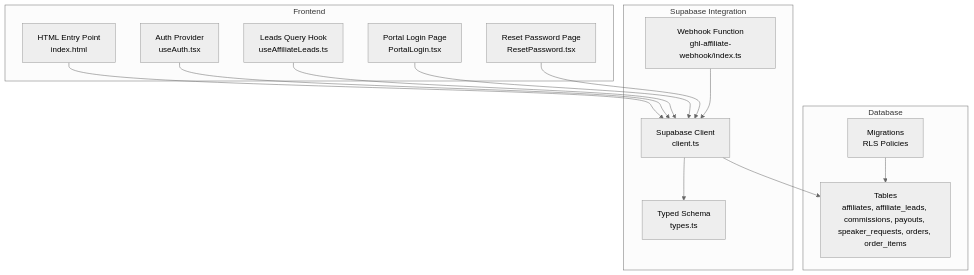
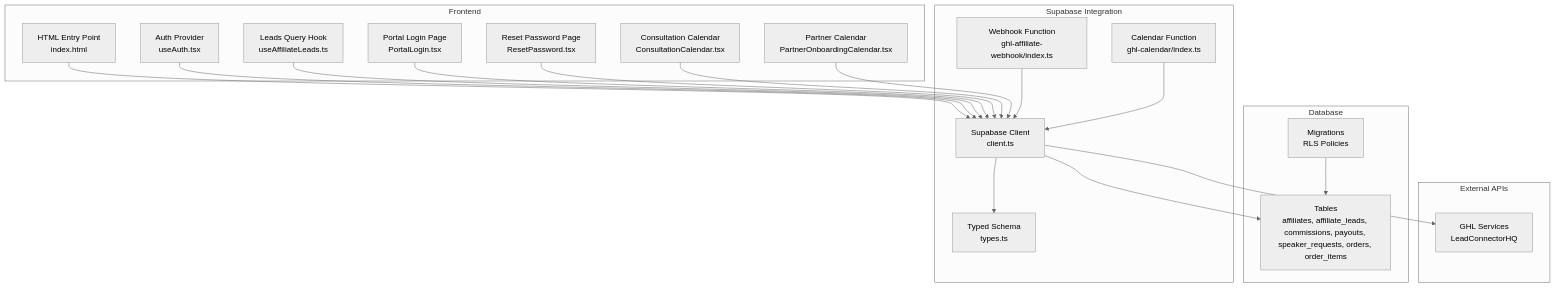
Before and after one commit to Hawky1/ryland: the first of 8 diagrams in .qoder/repowiki/en/content/Data Layer & Supabase Integration.md, drawn with Mermaid (neutral theme). The commit also changed other lines of this file and 4 other files, not shown here.

````diff
--- a/.qoder/repowiki/en/content/Data Layer & Supabase Integration.md
+++ b/.qoder/repowiki/en/content/Data Layer & Supabase Integration.md
@@ -53,28 +61,38 @@
 ```mermaid
 graph TB
 subgraph "Frontend"
 Auth["Auth Provider<br/>useAuth.tsx"]
 LeadsHook["Leads Query Hook<br/>useAffiliateLeads.ts"]
 LoginPage["Portal Login Page<br/>PortalLogin.tsx"]
 ResetPage["Reset Password Page<br/>ResetPassword.tsx"]
+ConsultCal["Consultation Calendar<br/>ConsultationCalendar.tsx"]
+PartnerCal["Partner Calendar<br/>PartnerOnboardingCalendar.tsx"]
 HTML["HTML Entry Point<br/>index.html"]
 end
 subgraph "Supabase Integration"
 Client["Supabase Client<br/>client.ts"]
 Types["Typed Schema<br/>types.ts"]
 Func["Webhook Function<br/>ghl-affiliate-webhook/index.ts"]
+CalFunc["Calendar Function<br/>ghl-calendar/index.ts"]
 end
 subgraph "Database"
 Migs["Migrations<br/>RLS Policies"]
 Tables["Tables<br/>affiliates, affiliate_leads, commissions, payouts, speaker_requests, orders, order_items"]
+end
+subgraph "External APIs"
+GHL["GHL Services<br/>LeadConnectorHQ"]
 end
 HTML --> Client
 Auth --> Client
 LeadsHook --> Client
 LoginPage --> Client
 ResetPage --> Client
+ConsultCal --> Client
+PartnerCal --> Client
 Client --> Types
 Func --> Client
+CalFunc --> Client
 Client --> Tables
 Migs --> Tables
+Client --> GHL
 ```
````
